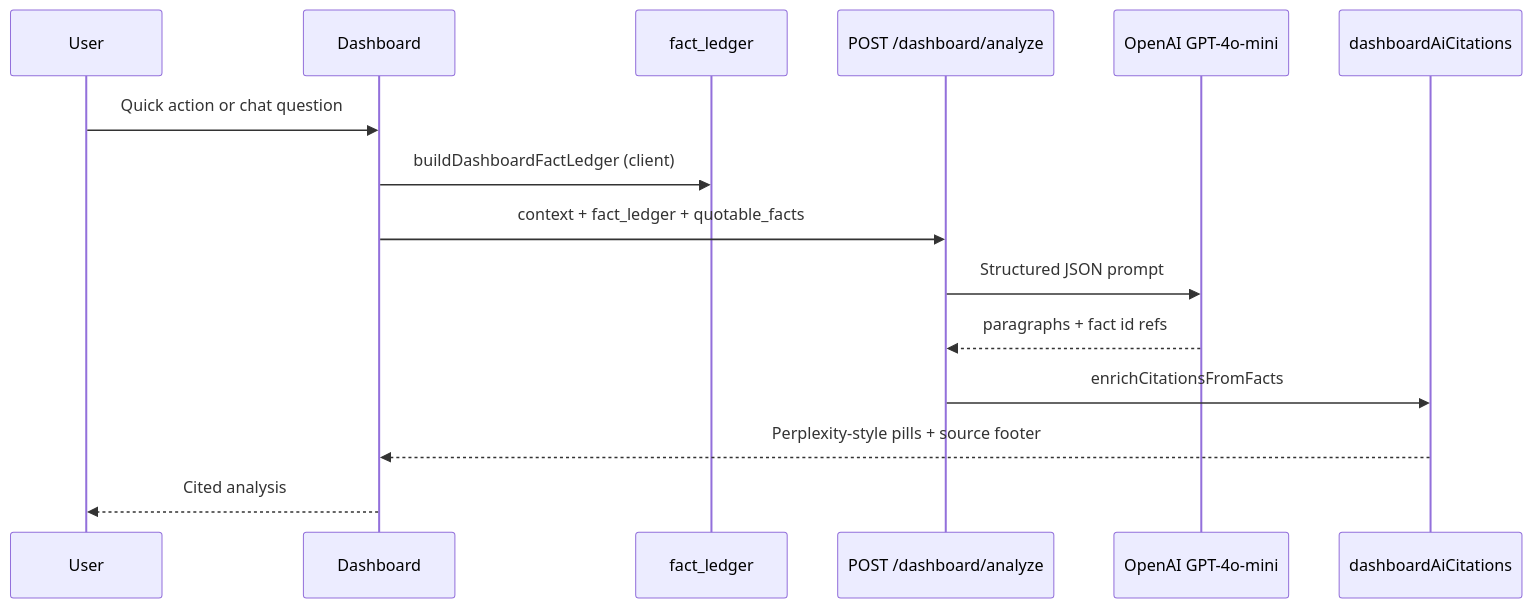
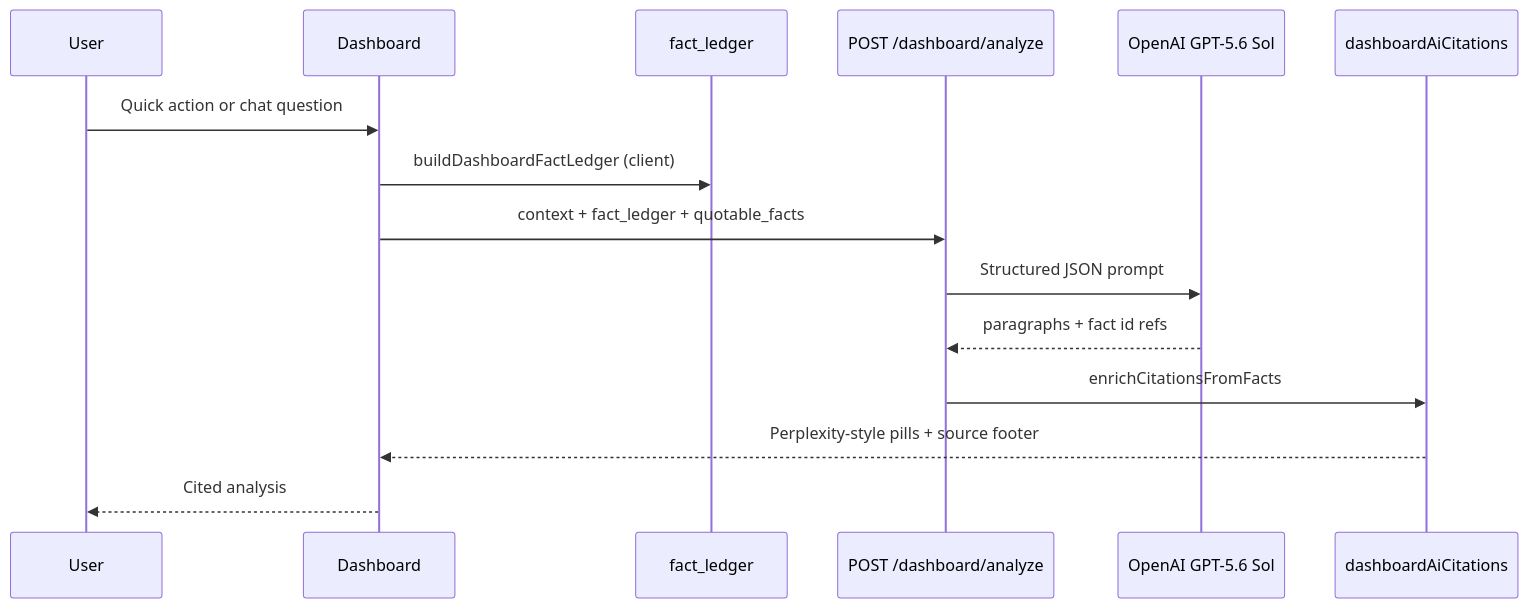
One commit to tseten14/NDC-Dashboard changed the tenth of 12 diagrams in docs/dev/system-design.md. Above: the diagram before and after it, drawn with Mermaid. The commit also changed other lines of this file and 6 other files, not shown here.

First line of the commit message:
feat(ndc-ai): upgrade OpenAI model from gpt-4o-mini to gpt-5.6-sol

````diff
--- a/docs/dev/system-design.md
+++ b/docs/dev/system-design.md
@@ -315,18 +315,18 @@
 ```mermaid
 sequenceDiagram
   participant User
   participant SPA as Dashboard
   participant Facts as fact_ledger
   participant API as POST /dashboard/analyze
-  participant OAI as OpenAI GPT-4o-mini
+  participant OAI as OpenAI GPT-5.6 Sol
   participant Cit as dashboardAiCitations
 
   User->>SPA: Quick action or chat question
   SPA->>Facts: buildDashboardFactLedger (client)
   SPA->>API: context + fact_ledger + quotable_facts
   API->>OAI: Structured JSON prompt
   OAI-->>API: paragraphs + fact id refs
   API->>Cit: enrichCitationsFromFacts
   Cit-->>SPA: Perplexity-style pills + source footer
   SPA-->>User: Cited analysis
 ```
````
